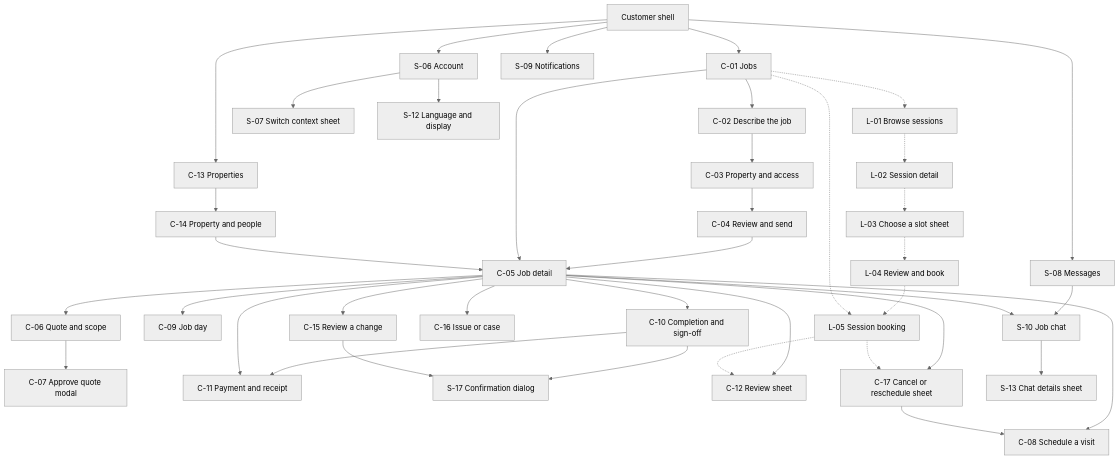
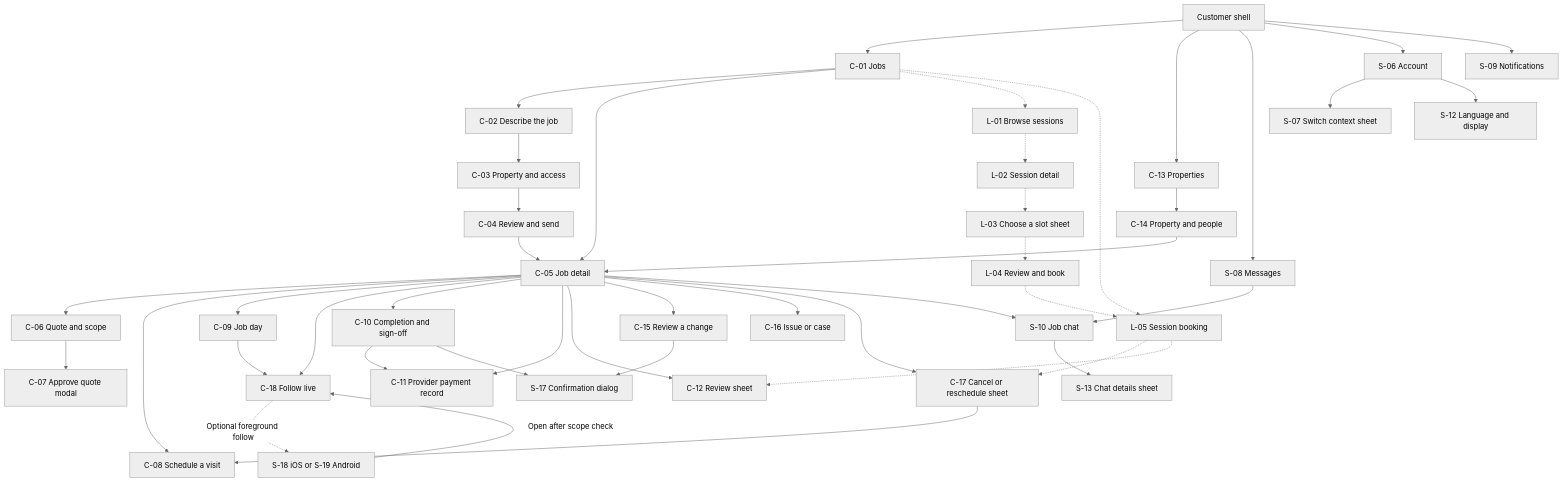
The first of 4 diagrams in design-astra/foundation/information-architecture.md (Artimunor/bookbuddy), drawn with Mermaid (neutral theme) before and after one commit. The commit also changed other lines of this file and 14 other files, not shown here.

````diff
--- a/design-astra/foundation/information-architecture.md
+++ b/design-astra/foundation/information-architecture.md
@@ -52,42 +55,46 @@
 ```mermaid
 flowchart TD
     Root[Customer shell] --> Jobs[C-01 Jobs]
     Root --> Props[C-13 Properties]
     Root --> Inbox[S-08 Messages]
     Root --> Account[S-06 Account]
     Root --> Bell[S-09 Notifications]
     Jobs --> Request[C-02 Describe the job]
     Request --> Site[C-03 Property and access]
     Site --> Send[C-04 Review and send]
     Send --> Job[C-05 Job detail]
     Jobs --> Job
     Props --> Prop[C-14 Property and people]
     Prop --> Job
     Job --> Quote[C-06 Quote and scope]
     Quote --> Approve[C-07 Approve quote modal]
     Job --> Schedule[C-08 Schedule a visit]
     Job --> Day[C-09 Job day]
+    Day --> Follow[C-18 Follow live]
+    Job --> Follow
+    Follow -.->|Optional foreground follow| OS[S-18 iOS or S-19 Android]
+    OS -->|Open after scope check| Follow
     Job --> Complete[C-10 Completion and sign-off]
-    Complete --> Pay[C-11 Payment and receipt]
+    Complete --> Pay[C-11 Provider payment record]
     Complete --> Confirm[S-17 Confirmation dialog]
     Job --> Pay
     Job --> Review[C-12 Review sheet]
     Job --> Change[C-15 Review a change]
     Change --> Confirm
     Job --> Issue[C-16 Issue or case]
     Job --> Cancel[C-17 Cancel or reschedule sheet]
     Cancel --> Schedule
     Inbox --> Chat[S-10 Job chat]
     Job --> Chat
     Chat --> Details[S-13 Chat details sheet]
     Account --> Switch[S-07 Switch context sheet]
     Account --> Preferences[S-12 Language and display]
     Jobs -.-> Browse[L-01 Browse sessions]
     Browse -.-> Service[L-02 Session detail]
     Service -.-> Slot[L-03 Choose a slot sheet]
     Slot -.-> Book[L-04 Review and book]
     Book -.-> Session[L-05 Session booking]
     Jobs -.-> Session
     Session -.-> Cancel
     Session -.-> Review
 ```
````
